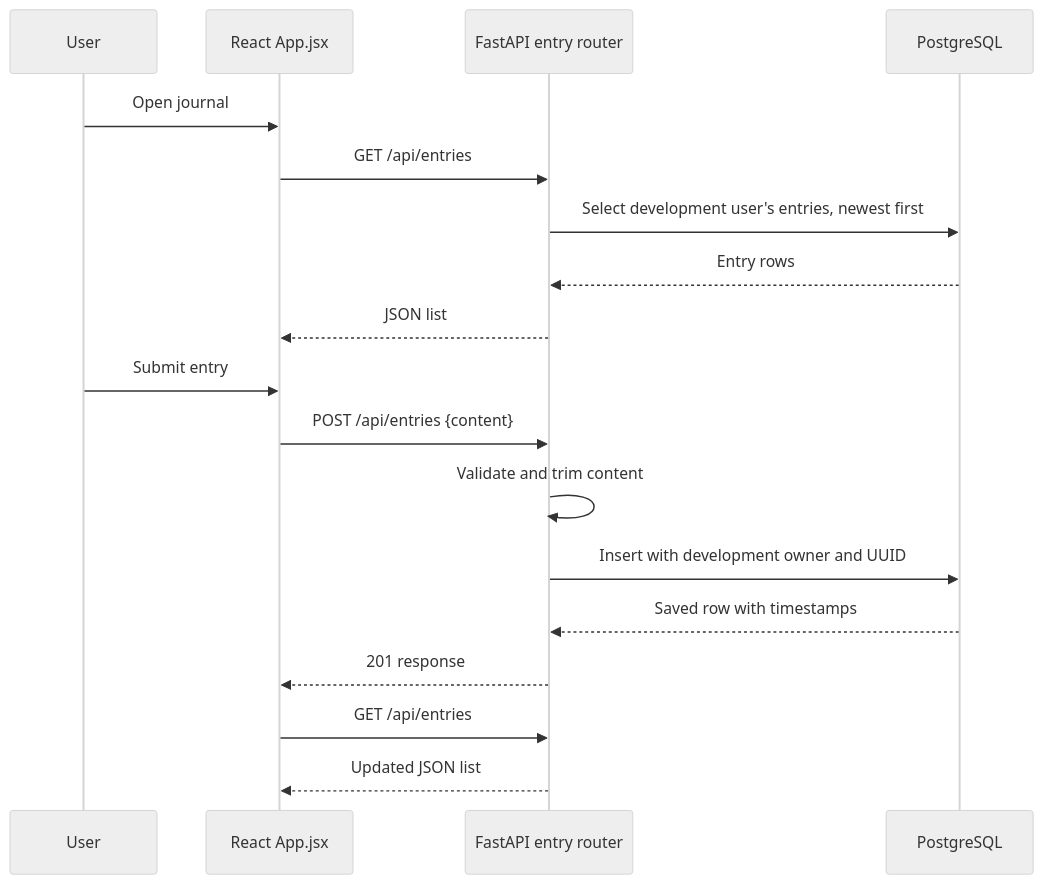
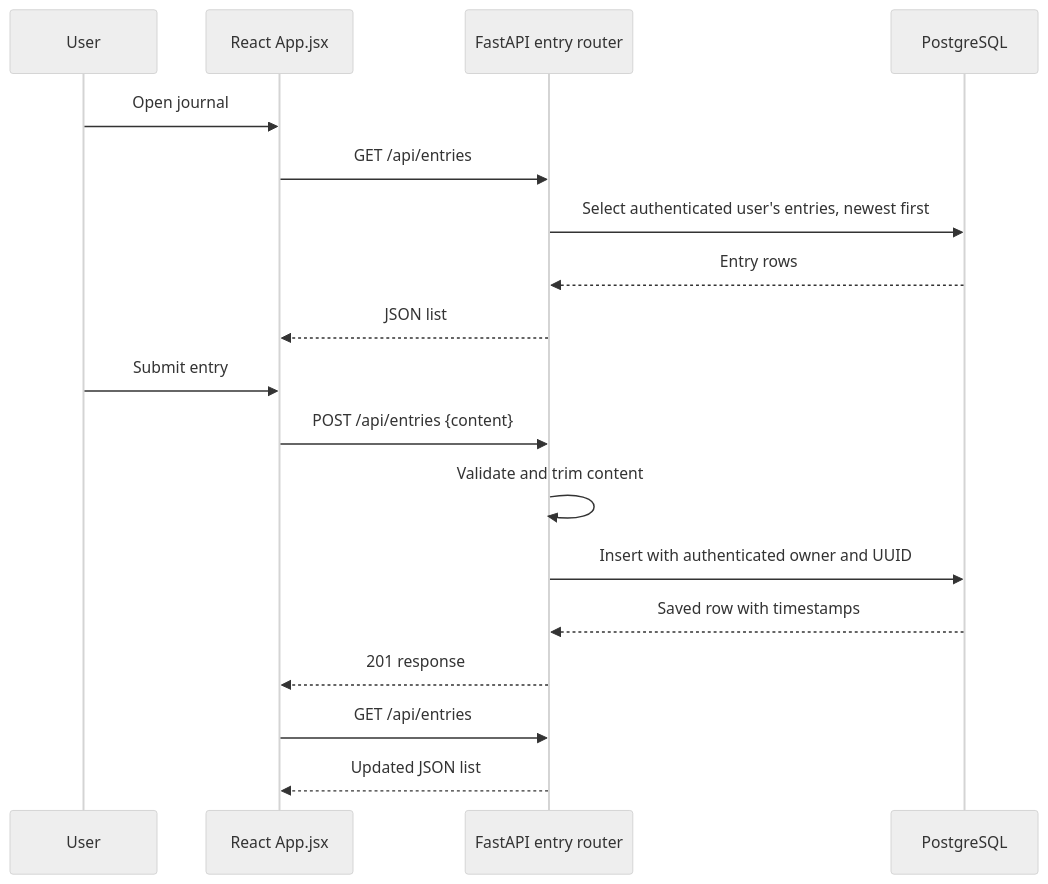
The diagram in docs/application-flow.md (CS252-Group02/AuraJournal), drawn with Mermaid (neutral theme) before and after one commit. The commit also changed other lines of this file and 29 other files, not shown here.

````diff
--- a/docs/application-flow.md
+++ b/docs/application-flow.md
@@ -5,20 +7,20 @@
 ```mermaid
 sequenceDiagram
     participant User
     participant UI as React App.jsx
     participant API as FastAPI entry router
     participant DB as PostgreSQL
     User->>UI: Open journal
     UI->>API: GET /api/entries
-    API->>DB: Select development user's entries, newest first
+    API->>DB: Select authenticated user's entries, newest first
     DB-->>API: Entry rows
     API-->>UI: JSON list
     User->>UI: Submit entry
     UI->>API: POST /api/entries {content}
     API->>API: Validate and trim content
-    API->>DB: Insert with development owner and UUID
+    API->>DB: Insert with authenticated owner and UUID
     DB-->>API: Saved row with timestamps
     API-->>UI: 201 response
     UI->>API: GET /api/entries
     API-->>UI: Updated JSON list
 ```
````
